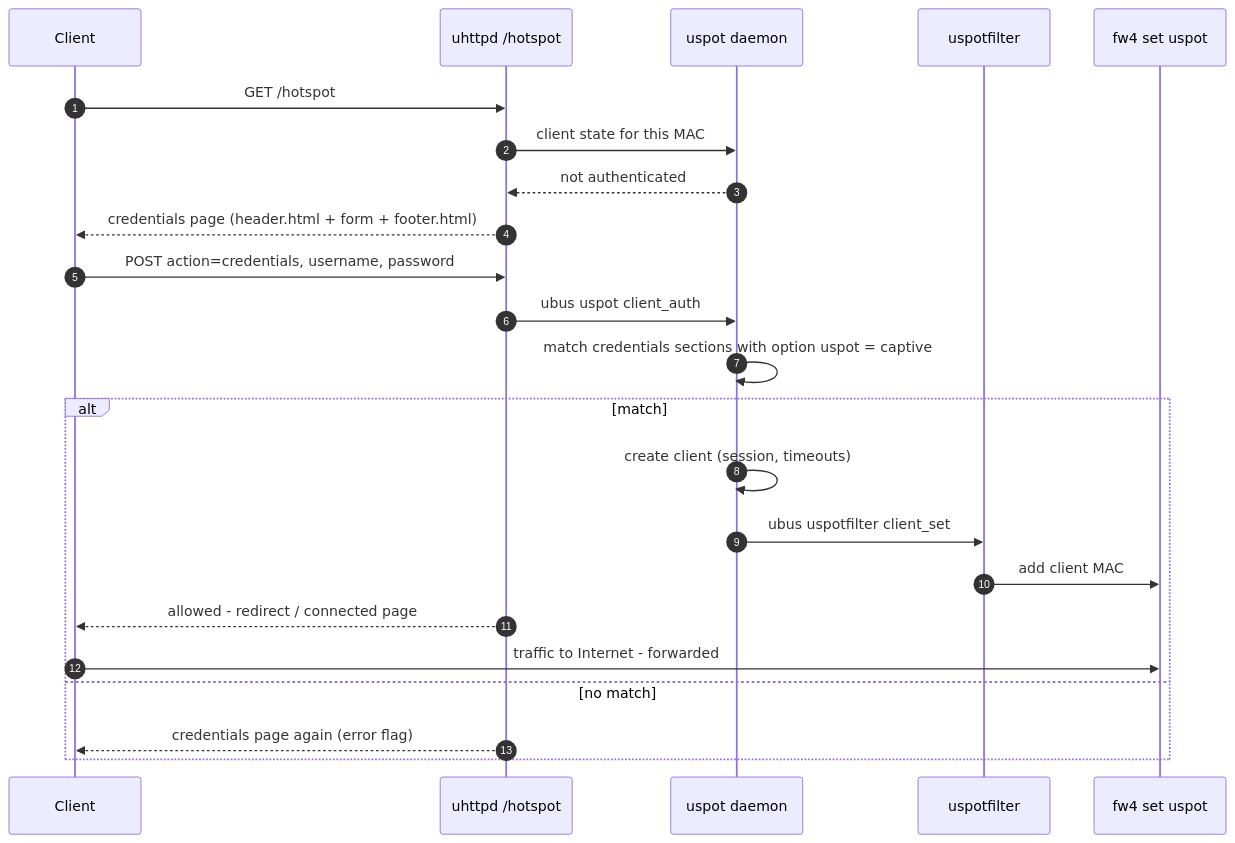
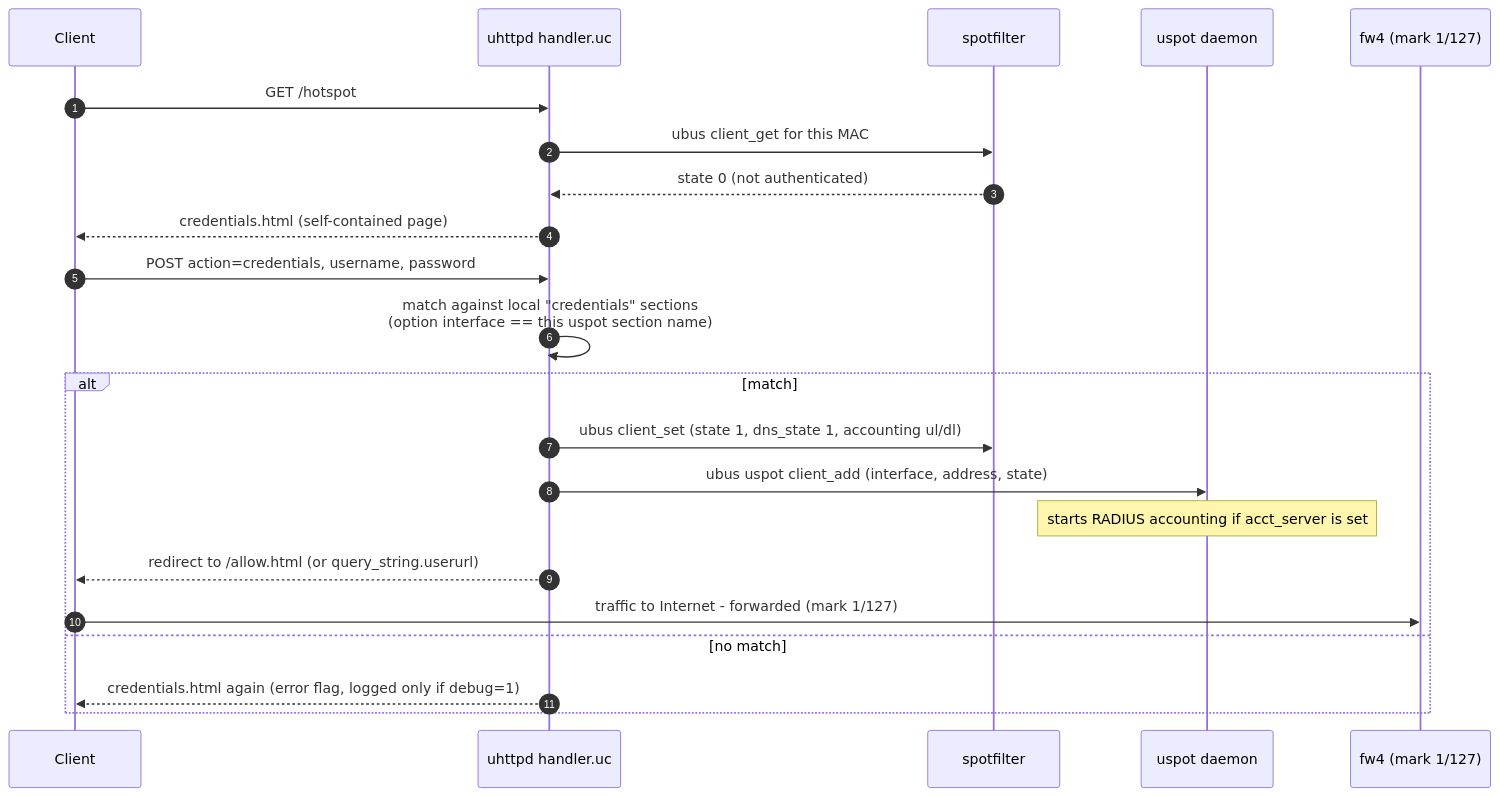
The ninth of 13 diagrams in src/content/blog/captive-portal.md (ducndc/ducndc.github.io), drawn with Mermaid before and after one commit. The commit also changed other lines of this file, not shown here.

````diff
--- a/src/content/blog/captive-portal.md
+++ b/src/content/blog/captive-portal.md
@@ -410,26 +497,25 @@
 ```mermaid
 sequenceDiagram
     autonumber
     participant C as Client
-    participant H as uhttpd /hotspot
+    participant H as uhttpd handler.uc
+    participant SF as spotfilter
     participant U as uspot daemon
-    participant UF as uspotfilter
-    participant F as fw4 set uspot
+    participant F as fw4 (mark 1/127)
  
     C->>H: GET /hotspot
-    H->>U: client state for this MAC
-    U-->>H: not authenticated
-    H-->>C: credentials page (header.html + form + footer.html)
+    H->>SF: ubus client_get for this MAC
+    SF-->>H: state 0 (not authenticated)
+    H-->>C: credentials.html (self-contained page)
     C->>H: POST action=credentials, username, password
-    H->>U: ubus uspot client_auth
-    U->>U: match credentials sections with option uspot = captive
+    H->>H: match against local "credentials" sections<br/>(option interface == this uspot section name)
     alt match
-        U->>U: create client (session, timeouts)
-        U->>UF: ubus uspotfilter client_set
-        UF->>F: add client MAC
-        H-->>C: allowed - redirect / connected page
-        C->>F: traffic to Internet - forwarded
+        H->>SF: ubus client_set (state 1, dns_state 1, accounting ul/dl)
+        H->>U: ubus uspot client_add (interface, address, state)
+        Note over U: starts RADIUS accounting if acct_server is set
+        H-->>C: redirect to /allow.html (or query_string.userurl)
+        C->>F: traffic to Internet - forwarded (mark 1/127)
     else no match
-        H-->>C: credentials page again (error flag)
+        H-->>C: credentials.html again (error flag, logged only if debug=1)
     end
 ```
````
